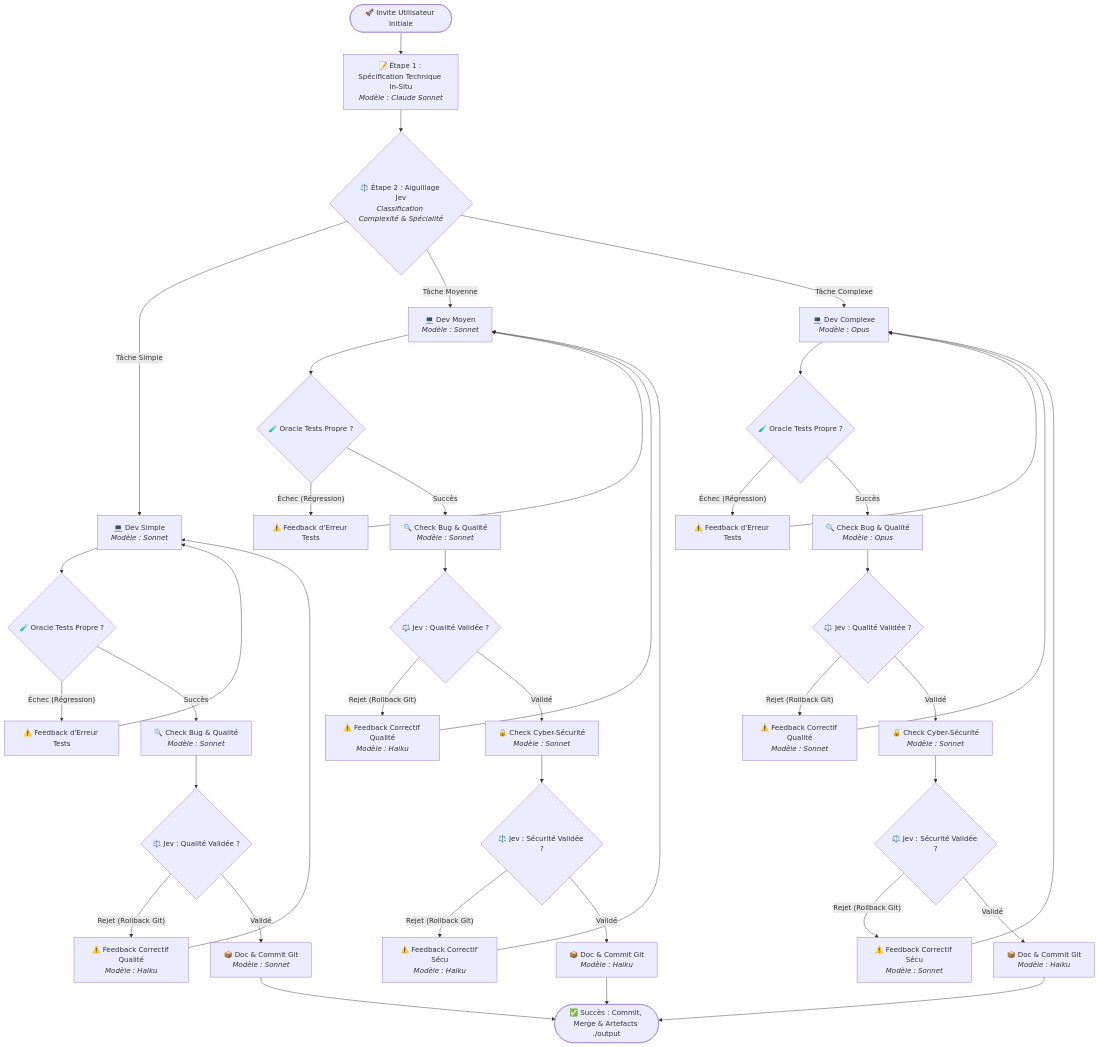
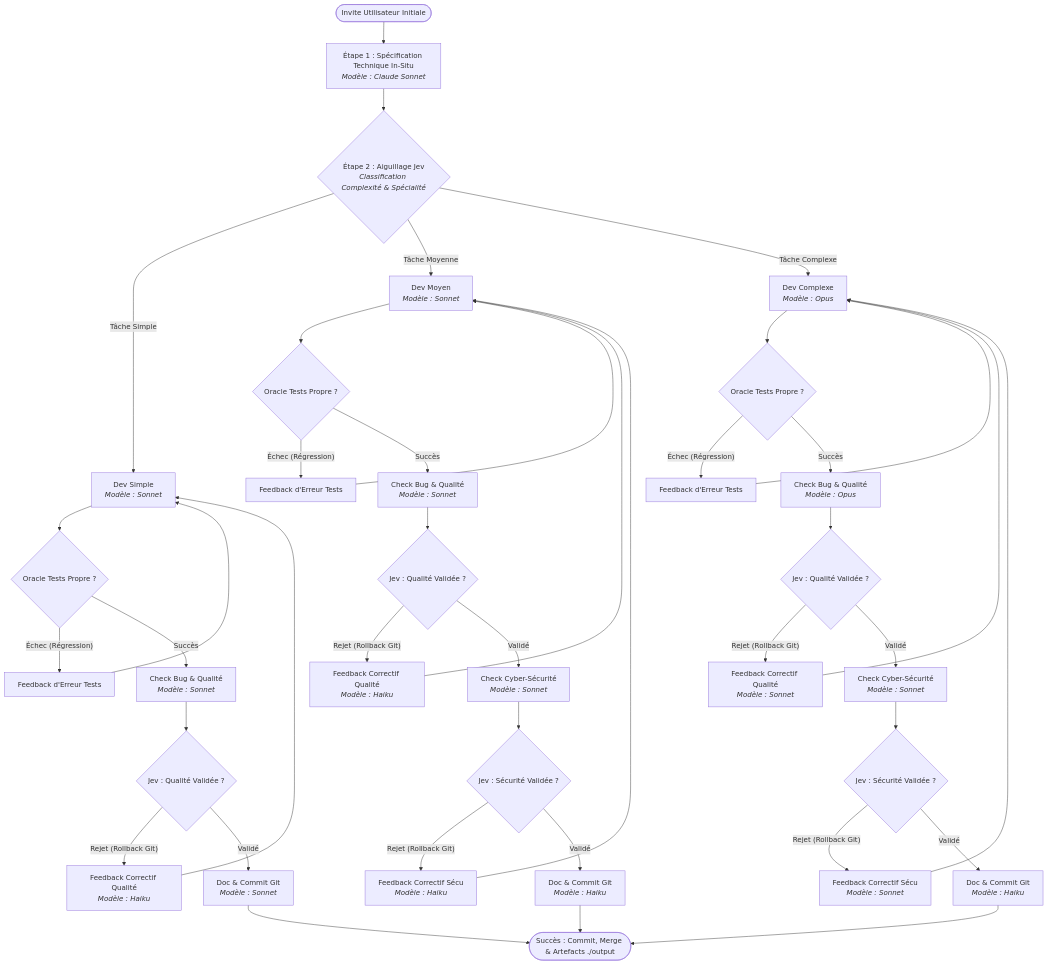
The first of 2 diagrams in docs/architecture.md (GirardotN/Workflow-Claude-Code), drawn with Mermaid before and after one commit. The commit also changed other lines of this file, not shown here.

Commit message:
Docs : Update architecture.md

````diff
--- a/docs/architecture.md
+++ b/docs/architecture.md
@@ -27,50 +27,50 @@
 ```mermaid
 flowchart TD
-    Start(["🚀 Invite Utilisateur Initiale"]) --> Spec["📝 Étape 1 : Spécification Technique In-Situ<br/><i>Modèle : Claude Sonnet</i>"]
-    Spec --> JevRoute{"⚖️ Étape 2 : Aiguillage Jev<br/><i>Classification Complexité & Spécialité</i>"}
+    Start(["Invite Utilisateur Initiale"]) --> Spec["Étape 1 : Spécification Technique In-Situ<br/><i>Modèle : Claude Sonnet</i>"]
+    Spec --> JevRoute{"Étape 2 : Aiguillage Jev<br/><i>Classification Complexité & Spécialité</i>"}
 
     %% Branche Simple
-    JevRoute -->|"Tâche Simple"| DevSimple["💻 Dev Simple<br/><i>Modèle : Sonnet</i>"]
-    DevSimple --> TestsSimple{"🧪 Oracle Tests Propre ?"}
-    TestsSimple -->|"Échec (Régression)"| FbTestSimple["⚠️ Feedback d'Erreur Tests"]
+    JevRoute -->|"Tâche Simple"| DevSimple["Dev Simple<br/><i>Modèle : Sonnet</i>"]
+    DevSimple --> TestsSimple{"Oracle Tests Propre ?"}
+    TestsSimple -->|"Échec (Régression)"| FbTestSimple["Feedback d'Erreur Tests"]
     FbTestSimple --> DevSimple
-    TestsSimple -->|"Succès"| QualSimple["🔍 Check Bug & Qualité<br/><i>Modèle : Sonnet</i>"]
-    QualSimple --> JevQualSimple{"⚖️ Jev : Qualité Validée ?"}
-    JevQualSimple -->|"Rejet (Rollback Git)"| FbQualSimple["⚠️ Feedback Correctif Qualité<br/><i>Modèle : Haiku</i>"]
+    TestsSimple -->|"Succès"| QualSimple["Check Bug & Qualité<br/><i>Modèle : Sonnet</i>"]
+    QualSimple --> JevQualSimple{"Jev : Qualité Validée ?"}
+    JevQualSimple -->|"Rejet (Rollback Git)"| FbQualSimple["Feedback Correctif Qualité<br/><i>Modèle : Haiku</i>"]
     FbQualSimple --> DevSimple
-    JevQualSimple -->|"Validé"| DocSimple["📦 Doc & Commit Git<br/><i>Modèle : Sonnet</i>"]
+    JevQualSimple -->|"Validé"| DocSimple["Doc & Commit Git<br/><i>Modèle : Sonnet</i>"]
 
     %% Branche Moyenne
-    JevRoute -->|"Tâche Moyenne"| DevMoy["💻 Dev Moyen<br/><i>Modèle : Sonnet</i>"]
-    DevMoy --> TestsMoy{"🧪 Oracle Tests Propre ?"}
-    TestsMoy -->|"Échec (Régression)"| FbTestMoy["⚠️ Feedback d'Erreur Tests"]
+    JevRoute -->|"Tâche Moyenne"| DevMoy["Dev Moyen<br/><i>Modèle : Sonnet</i>"]
+    DevMoy --> TestsMoy{"Oracle Tests Propre ?"}
+    TestsMoy -->|"Échec (Régression)"| FbTestMoy["Feedback d'Erreur Tests"]
     FbTestMoy --> DevMoy
-    TestsMoy -->|"Succès"| QualMoy["🔍 Check Bug & Qualité<br/><i>Modèle : Sonnet</i>"]
-    QualMoy --> JevQualMoy{"⚖️ Jev : Qualité Validée ?"}
-    JevQualMoy -->|"Rejet (Rollback Git)"| FbQualMoy["⚠️ Feedback Correctif Qualité<br/><i>Modèle : Haiku</i>"]
+    TestsMoy -->|"Succès"| QualMoy["Check Bug & Qualité<br/><i>Modèle : Sonnet</i>"]
+    QualMoy --> JevQualMoy{"Jev : Qualité Validée ?"}
+    JevQualMoy -->|"Rejet (Rollback Git)"| FbQualMoy["Feedback Correctif Qualité<br/><i>Modèle : Haiku</i>"]
     FbQualMoy --> DevMoy
-    JevQualMoy -->|"Validé"| SecuMoy["🔒 Check Cyber-Sécurité<br/><i>Modèle : Sonnet</i>"]
-    SecuMoy --> JevSecuMoy{"⚖️ Jev : Sécurité Validée ?"}
-    JevSecuMoy -->|"Rejet (Rollback Git)"| FbSecuMoy["⚠️ Feedback Correctif Sécu<br/><i>Modèle : Haiku</i>"]
+    JevQualMoy -->|"Validé"| SecuMoy["Check Cyber-Sécurité<br/><i>Modèle : Sonnet</i>"]
+    SecuMoy --> JevSecuMoy{"Jev : Sécurité Validée ?"}
+    JevSecuMoy -->|"Rejet (Rollback Git)"| FbSecuMoy["Feedback Correctif Sécu<br/><i>Modèle : Haiku</i>"]
     FbSecuMoy --> DevMoy
-    JevSecuMoy -->|"Validé"| DocMoy["📦 Doc & Commit Git<br/><i>Modèle : Haiku</i>"]
+    JevSecuMoy -->|"Validé"| DocMoy["Doc & Commit Git<br/><i>Modèle : Haiku</i>"]
 
     %% Branche Complexe
-    JevRoute -->|"Tâche Complexe"| DevComp["💻 Dev Complexe<br/><i>Modèle : Opus</i>"]
-    DevComp --> TestsComp{"🧪 Oracle Tests Propre ?"}
-    TestsComp -->|"Échec (Régression)"| FbTestComp["⚠️ Feedback d'Erreur Tests"]
+    JevRoute -->|"Tâche Complexe"| DevComp["Dev Complexe<br/><i>Modèle : Opus</i>"]
+    DevComp --> TestsComp{"Oracle Tests Propre ?"}
+    TestsComp -->|"Échec (Régression)"| FbTestComp["Feedback d'Erreur Tests"]
     FbTestComp --> DevComp
-    TestsComp -->|"Succès"| QualComp["🔍 Check Bug & Qualité<br/><i>Modèle : Opus</i>"]
-    QualComp --> JevQualComp{"⚖️ Jev : Qualité Validée ?"}
-    JevQualComp -->|"Rejet (Rollback Git)"| FbQualComp["⚠️ Feedback Correctif Qualité<br/><i>Modèle : Sonnet</i>"]
+    TestsComp -->|"Succès"| QualComp["Check Bug & Qualité<br/><i>Modèle : Opus</i>"]
+    QualComp --> JevQualComp{"Jev : Qualité Validée ?"}
+    JevQualComp -->|"Rejet (Rollback Git)"| FbQualComp["Feedback Correctif Qualité<br/><i>Modèle : Sonnet</i>"]
     FbQualComp --> DevComp
-    JevQualComp -->|"Validé"| SecuComp["🔒 Check Cyber-Sécurité<br/><i>Modèle : Sonnet</i>"]
-    SecuComp --> JevSecuComp{"⚖️ Jev : Sécurité Validée ?"}
-    JevSecuComp -->|"Rejet (Rollback Git)"| FbSecuComp["⚠️ Feedback Correctif Sécu<br/><i>Modèle : Sonnet</i>"]
+    JevQualComp -->|"Validé"| SecuComp["Check Cyber-Sécurité<br/><i>Modèle : Sonnet</i>"]
+    SecuComp --> JevSecuComp{"Jev : Sécurité Validée ?"}
+    JevSecuComp -->|"Rejet (Rollback Git)"| FbSecuComp["Feedback Correctif Sécu<br/><i>Modèle : Sonnet</i>"]
     FbSecuComp --> DevComp
-    JevSecuComp -->|"Validé"| DocComp["📦 Doc & Commit Git<br/><i>Modèle : Haiku</i>"]
+    JevSecuComp -->|"Validé"| DocComp["Doc & Commit Git<br/><i>Modèle : Haiku</i>"]
 
-    DocSimple --> OutputSuccess(["✅ Succès : Commit, Merge & Artefacts ./output"])
+    DocSimple --> OutputSuccess(["Succès : Commit, Merge & Artefacts ./output"])
     DocMoy --> OutputSuccess
     DocComp --> OutputSuccess
 ```
````
